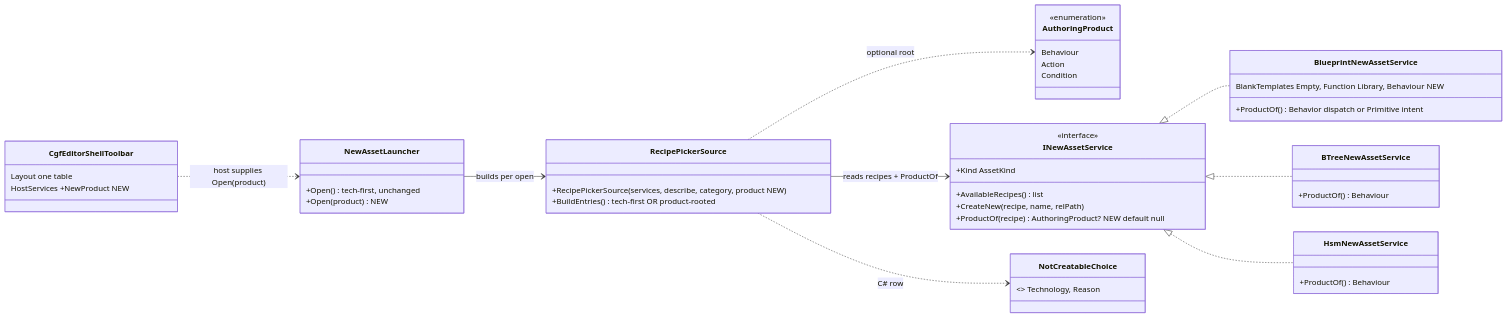
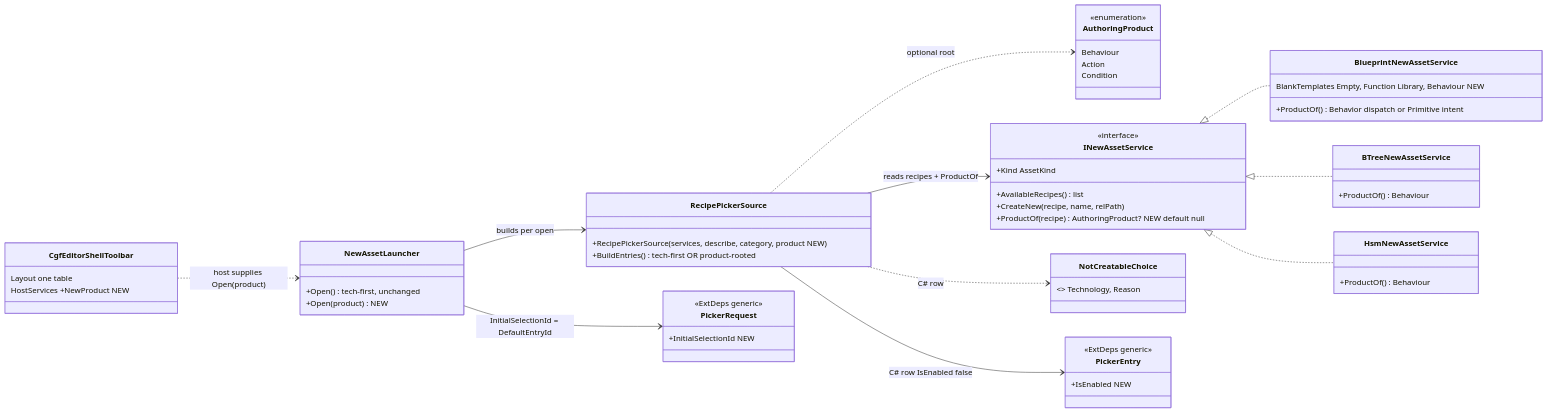
The first of 4 diagrams in docs/blueprints/DESIGN_Product_First_Authoring.md (pjanec/HROT), drawn with Mermaid before and after one commit. The commit also changed other lines of this file and 11 other files, not shown here.

First line of the commit message:
feat(picker): generic InitialSelectionId + PickerEntry.IsEnabled; E4 uses them for the default technology and the disabled C# row

````diff
--- a/docs/blueprints/DESIGN_Product_First_Authoring.md
+++ b/docs/blueprints/DESIGN_Product_First_Authoring.md
@@ -62,46 +62,56 @@
 ```mermaid
 classDiagram
     direction LR
     class AuthoringProduct {
         <<enumeration>>
         Behaviour
         Action
         Condition
     }
     class INewAssetService {
         <<interface>>
         +Kind AssetKind
         +AvailableRecipes() list
         +CreateNew(recipe, name, relPath)
         +ProductOf(recipe) AuthoringProduct?  NEW default null
     }
     class BlueprintNewAssetService {
         BlankTemplates Empty, Function Library, Behaviour NEW
         +ProductOf() Behavior dispatch or Primitive intent
     }
     class BTreeNewAssetService { +ProductOf() Behaviour }
     class HsmNewAssetService { +ProductOf() Behaviour }
     class RecipePickerSource {
         +RecipePickerSource(services, describe, category, product NEW)
         +BuildEntries() tech-first OR product-rooted
     }
     class NewAssetLauncher {
         +Open() tech-first, unchanged
         +Open(product) NEW
     }
     class CgfEditorShellToolbar {
         Layout one table
         HostServices +NewProduct NEW
     }
     class NotCreatableChoice {
         <<record>> Technology, Reason
     }
     INewAssetService <|.. BlueprintNewAssetService
     INewAssetService <|.. BTreeNewAssetService
     INewAssetService <|.. HsmNewAssetService
     RecipePickerSource --> INewAssetService : reads recipes + ProductOf
     RecipePickerSource ..> AuthoringProduct : optional root
     RecipePickerSource ..> NotCreatableChoice : C# row
     NewAssetLauncher --> RecipePickerSource : builds per open
+    class PickerRequest {
+        <<ExtDeps generic>>
+        +InitialSelectionId NEW
+    }
+    class PickerEntry {
+        <<ExtDeps generic>>
+        +IsEnabled NEW
+    }
+    NewAssetLauncher --> PickerRequest : InitialSelectionId = DefaultEntryId
+    RecipePickerSource --> PickerEntry : C# row IsEnabled false
     CgfEditorShellToolbar ..> NewAssetLauncher : host supplies Open(product)
 ```
````
